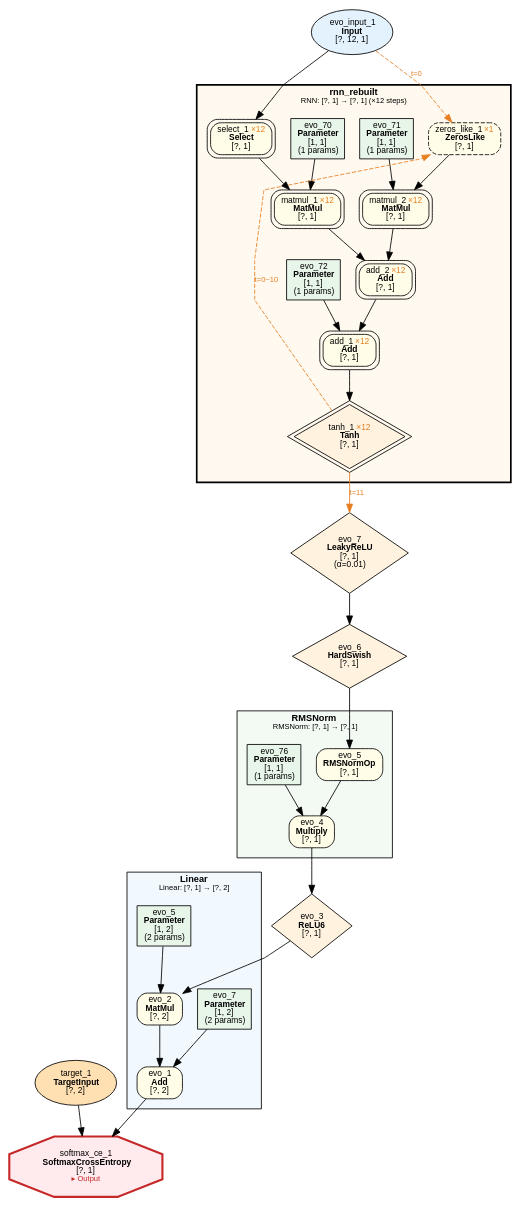
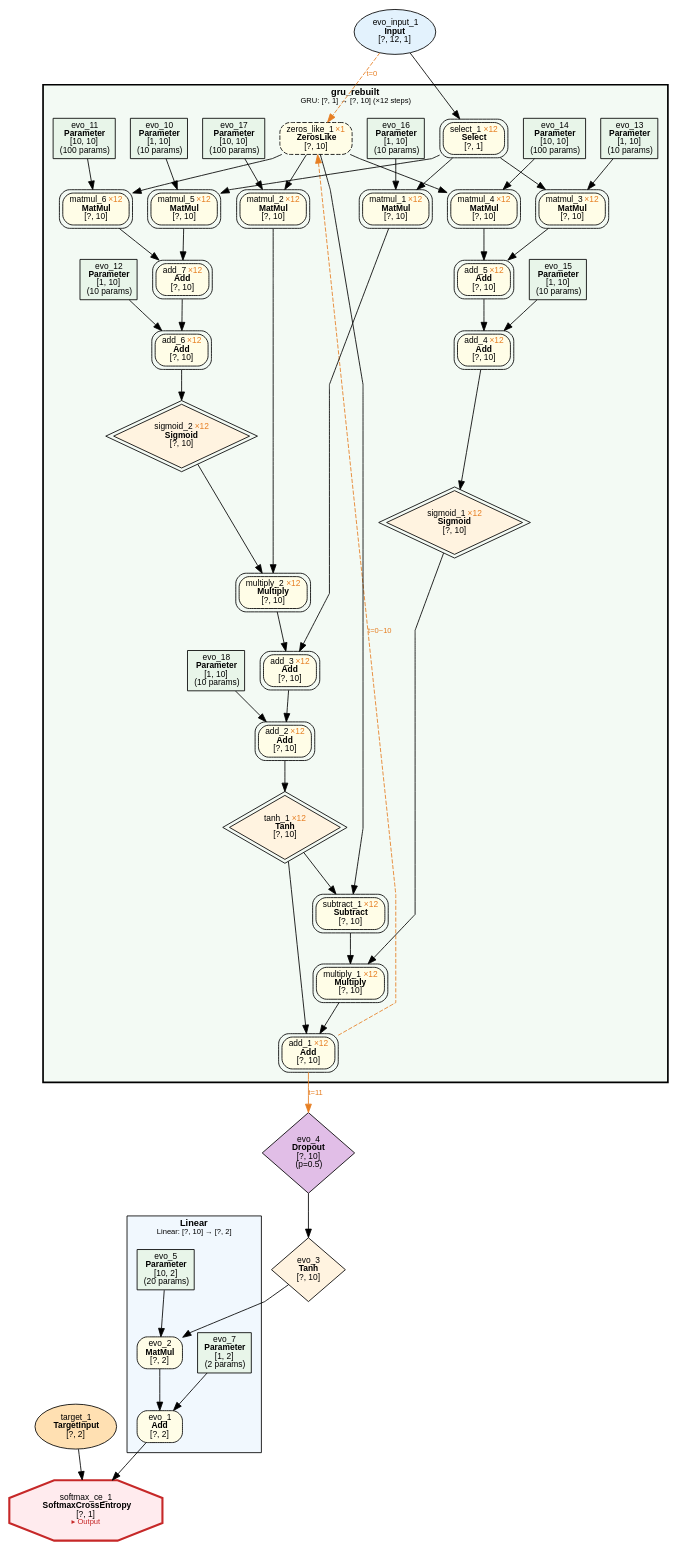
The diagram in examples/evolution/parity_seq_var_len/evolution_parity_seq_var_len.dot (dbsxdbsx/only_torch), drawn with Graphviz before and after one commit. The commit also changed 12 other files, not shown here.

```diff
--- a/examples/evolution/parity_seq_var_len/evolution_parity_seq_var_len.dot
+++ b/examples/evolution/parity_seq_var_len/evolution_parity_seq_var_len.dot
@@ -1,85 +1,114 @@
 digraph ComputeGraph {
     rankdir=TB;
     newrank=true;
     splines=polyline;
     node [fontname="Microsoft YaHei,SimHei,Arial"];
     edge [fontname="Microsoft YaHei,SimHei,Arial"];
 
     subgraph cluster_group_linear_1 {
-        label=<<B>Linear</B><BR/><FONT POINT-SIZE="9">Linear: [?, 1] → [?, 2]</FONT>>;
+        label=<<B>Linear</B><BR/><FONT POINT-SIZE="9">Linear: [?, 10] → [?, 2]</FONT>>;
         style=filled;
         fillcolor="#E3F2FD80";
         fontname="Microsoft YaHei,SimHei,Arial";
         fontsize=11;
         margin=12;
             "2" [label=<evo_1<BR/><B>Add</B><BR/>[?, 2]> shape=box style="filled,rounded" fillcolor="#FFFDE7" fontsize=10];
             "4" [label=<evo_2<BR/><B>MatMul</B><BR/>[?, 2]> shape=box style="filled,rounded" fillcolor="#FFFDE7" fontsize=10];
             "5" [label=<evo_7<BR/><B>Parameter</B><BR/>[1, 2]<BR/>(2 params)> shape=box style=filled fillcolor="#E8F5E9" fontsize=10];
-            "7" [label=<evo_5<BR/><B>Parameter</B><BR/>[1, 2]<BR/>(2 params)> shape=box style=filled fillcolor="#E8F5E9" fontsize=10];
+            "7" [label=<evo_5<BR/><B>Parameter</B><BR/>[10, 2]<BR/>(20 params)> shape=box style=filled fillcolor="#E8F5E9" fontsize=10];
     }
 
-    subgraph cluster_group_rmsnorm_3 {
-        label=<<B>RMSNorm</B><BR/><FONT POINT-SIZE="9">RMSNorm: [?, 1] → [?, 1]</FONT>>;
-        style=filled;
+    subgraph cluster_group_gru_0 {
+        label=<<B>gru_rebuilt</B><BR/><FONT POINT-SIZE="9">GRU: [?, 1] → [?, 10] (×12 steps)</FONT>>;
+        style="filled,bold";
+        peripheries=3;
+        penwidth=2;
         fillcolor="#E8F5E980";
         fontname="Microsoft YaHei,SimHei,Arial";
         fontsize=11;
         margin=12;
-            "8" [label=<evo_4<BR/><B>Multiply</B><BR/>[?, 1]> shape=box style="filled,rounded" fillcolor="#FFFDE7" fontsize=10];
-            "9" [label=<evo_5<BR/><B>RMSNormOp</B><BR/>[?, 1]> shape=box style="filled,rounded" fillcolor="#FFFDE7" fontsize=10];
-            "10" [label=<evo_76<BR/><B>Parameter</B><BR/>[1, 1]<BR/>(1 params)> shape=box style=filled fillcolor="#E8F5E9" fontsize=10];
-    }
-
-    subgraph cluster_group_rnn_0 {
-        label=<<B>rnn_rebuilt</B><BR/><FONT POINT-SIZE="9">RNN: [?, 1] → [?, 1] (×12 steps)</FONT>>;
-        style="filled,bold";
-        peripheries=3;
-        penwidth=2;
-        fillcolor="#FFF3E080";
-        fontname="Microsoft YaHei,SimHei,Arial";
-        fontsize=11;
-        margin=12;
-            "13" [label=<evo_72<BR/><B>Parameter</B><BR/>[1, 1]<BR/>(1 params)> shape=box style=filled fillcolor="#E8F5E9" fontsize=10];
-            "14" [label=<evo_70<BR/><B>Parameter</B><BR/>[1, 1]<BR/>(1 params)> shape=box style=filled fillcolor="#E8F5E9" fontsize=10];
-            "15" [label=<evo_71<BR/><B>Parameter</B><BR/>[1, 1]<BR/>(1 params)> shape=box style=filled fillcolor="#E8F5E9" fontsize=10];
-            "17" [label=<tanh_1 <FONT COLOR="#E67E22">×12</FONT><BR/><B>Tanh</B><BR/>[?, 1]> shape=diamond style=filled fillcolor="#FFF3E0" fontsize=10 peripheries=2];
-            "18" [label=<add_1 <FONT COLOR="#E67E22">×12</FONT><BR/><B>Add</B><BR/>[?, 1]> shape=box style="filled,rounded" fillcolor="#FFFDE7" fontsize=10 peripheries=2];
-            "19" [label=<add_2 <FONT COLOR="#E67E22">×12</FONT><BR/><B>Add</B><BR/>[?, 1]> shape=box style="filled,rounded" fillcolor="#FFFDE7" fontsize=10 peripheries=2];
-            "20" [label=<matmul_1 <FONT COLOR="#E67E22">×12</FONT><BR/><B>MatMul</B><BR/>[?, 1]> shape=box style="filled,rounded" fillcolor="#FFFDE7" fontsize=10 peripheries=2];
-            "21" [label=<matmul_2 <FONT COLOR="#E67E22">×12</FONT><BR/><B>MatMul</B><BR/>[?, 1]> shape=box style="filled,rounded" fillcolor="#FFFDE7" fontsize=10 peripheries=2];
-            "22" [label=<select_1 <FONT COLOR="#E67E22">×12</FONT><BR/><B>Select</B><BR/>[?, 1]> shape=box style="filled,rounded" fillcolor="#FFFDE7" fontsize=10 peripheries=2];
-            "23" [label=<zeros_like_1 <FONT COLOR="#E67E22">×1</FONT><BR/><B>ZerosLike</B><BR/>[?, 1]> shape=box style="filled,rounded,dashed" fillcolor="#FFFDE7" fontsize=10];
+            "9" [label=<evo_18<BR/><B>Parameter</B><BR/>[1, 10]<BR/>(10 params)> shape=box style=filled fillcolor="#E8F5E9" fontsize=10];
+            "10" [label=<evo_15<BR/><B>Parameter</B><BR/>[1, 10]<BR/>(10 params)> shape=box style=filled fillcolor="#E8F5E9" fontsize=10];
+            "11" [label=<evo_16<BR/><B>Parameter</B><BR/>[1, 10]<BR/>(10 params)> shape=box style=filled fillcolor="#E8F5E9" fontsize=10];
+            "13" [label=<evo_17<BR/><B>Parameter</B><BR/>[10, 10]<BR/>(100 params)> shape=box style=filled fillcolor="#E8F5E9" fontsize=10];
+            "14" [label=<evo_13<BR/><B>Parameter</B><BR/>[1, 10]<BR/>(10 params)> shape=box style=filled fillcolor="#E8F5E9" fontsize=10];
+            "15" [label=<evo_14<BR/><B>Parameter</B><BR/>[10, 10]<BR/>(100 params)> shape=box style=filled fillcolor="#E8F5E9" fontsize=10];
+            "16" [label=<evo_12<BR/><B>Parameter</B><BR/>[1, 10]<BR/>(10 params)> shape=box style=filled fillcolor="#E8F5E9" fontsize=10];
+            "17" [label=<evo_10<BR/><B>Parameter</B><BR/>[1, 10]<BR/>(10 params)> shape=box style=filled fillcolor="#E8F5E9" fontsize=10];
+            "18" [label=<evo_11<BR/><B>Parameter</B><BR/>[10, 10]<BR/>(100 params)> shape=box style=filled fillcolor="#E8F5E9" fontsize=10];
+            "19" [label=<add_1 <FONT COLOR="#E67E22">×12</FONT><BR/><B>Add</B><BR/>[?, 10]> shape=box style="filled,rounded" fillcolor="#FFFDE7" fontsize=10 peripheries=2];
+            "20" [label=<tanh_1 <FONT COLOR="#E67E22">×12</FONT><BR/><B>Tanh</B><BR/>[?, 10]> shape=diamond style=filled fillcolor="#FFF3E0" fontsize=10 peripheries=2];
+            "21" [label=<multiply_1 <FONT COLOR="#E67E22">×12</FONT><BR/><B>Multiply</B><BR/>[?, 10]> shape=box style="filled,rounded" fillcolor="#FFFDE7" fontsize=10 peripheries=2];
+            "22" [label=<add_2 <FONT COLOR="#E67E22">×12</FONT><BR/><B>Add</B><BR/>[?, 10]> shape=box style="filled,rounded" fillcolor="#FFFDE7" fontsize=10 peripheries=2];
+            "23" [label=<sigmoid_1 <FONT COLOR="#E67E22">×12</FONT><BR/><B>Sigmoid</B><BR/>[?, 10]> shape=diamond style=filled fillcolor="#FFF3E0" fontsize=10 peripheries=2];
+            "24" [label=<subtract_1 <FONT COLOR="#E67E22">×12</FONT><BR/><B>Subtract</B><BR/>[?, 10]> shape=box style="filled,rounded" fillcolor="#FFFDE7" fontsize=10 peripheries=2];
+            "25" [label=<add_3 <FONT COLOR="#E67E22">×12</FONT><BR/><B>Add</B><BR/>[?, 10]> shape=box style="filled,rounded" fillcolor="#FFFDE7" fontsize=10 peripheries=2];
+            "26" [label=<add_4 <FONT COLOR="#E67E22">×12</FONT><BR/><B>Add</B><BR/>[?, 10]> shape=box style="filled,rounded" fillcolor="#FFFDE7" fontsize=10 peripheries=2];
+            "27" [label=<zeros_like_1 <FONT COLOR="#E67E22">×1</FONT><BR/><B>ZerosLike</B><BR/>[?, 10]> shape=box style="filled,rounded,dashed" fillcolor="#FFFDE7" fontsize=10];
+            "28" [label=<matmul_1 <FONT COLOR="#E67E22">×12</FONT><BR/><B>MatMul</B><BR/>[?, 10]> shape=box style="filled,rounded" fillcolor="#FFFDE7" fontsize=10 peripheries=2];
+            "29" [label=<multiply_2 <FONT COLOR="#E67E22">×12</FONT><BR/><B>Multiply</B><BR/>[?, 10]> shape=box style="filled,rounded" fillcolor="#FFFDE7" fontsize=10 peripheries=2];
+            "30" [label=<add_5 <FONT COLOR="#E67E22">×12</FONT><BR/><B>Add</B><BR/>[?, 10]> shape=box style="filled,rounded" fillcolor="#FFFDE7" fontsize=10 peripheries=2];
+            "31" [label=<select_1 <FONT COLOR="#E67E22">×12</FONT><BR/><B>Select</B><BR/>[?, 1]> shape=box style="filled,rounded" fillcolor="#FFFDE7" fontsize=10 peripheries=2];
+            "32" [label=<sigmoid_2 <FONT COLOR="#E67E22">×12</FONT><BR/><B>Sigmoid</B><BR/>[?, 10]> shape=diamond style=filled fillcolor="#FFF3E0" fontsize=10 peripheries=2];
+            "33" [label=<matmul_2 <FONT COLOR="#E67E22">×12</FONT><BR/><B>MatMul</B><BR/>[?, 10]> shape=box style="filled,rounded" fillcolor="#FFFDE7" fontsize=10 peripheries=2];
+            "34" [label=<matmul_3 <FONT COLOR="#E67E22">×12</FONT><BR/><B>MatMul</B><BR/>[?, 10]> shape=box style="filled,rounded" fillcolor="#FFFDE7" fontsize=10 peripheries=2];
+            "35" [label=<matmul_4 <FONT COLOR="#E67E22">×12</FONT><BR/><B>MatMul</B><BR/>[?, 10]> shape=box style="filled,rounded" fillcolor="#FFFDE7" fontsize=10 peripheries=2];
+            "36" [label=<add_6 <FONT COLOR="#E67E22">×12</FONT><BR/><B>Add</B><BR/>[?, 10]> shape=box style="filled,rounded" fillcolor="#FFFDE7" fontsize=10 peripheries=2];
+            "37" [label=<add_7 <FONT COLOR="#E67E22">×12</FONT><BR/><B>Add</B><BR/>[?, 10]> shape=box style="filled,rounded" fillcolor="#FFFDE7" fontsize=10 peripheries=2];
+            "38" [label=<matmul_5 <FONT COLOR="#E67E22">×12</FONT><BR/><B>MatMul</B><BR/>[?, 10]> shape=box style="filled,rounded" fillcolor="#FFFDE7" fontsize=10 peripheries=2];
+            "39" [label=<matmul_6 <FONT COLOR="#E67E22">×12</FONT><BR/><B>MatMul</B><BR/>[?, 10]> shape=box style="filled,rounded" fillcolor="#FFFDE7" fontsize=10 peripheries=2];
     }
 
     "1" [label=<softmax_ce_1<BR/><B>SoftmaxCrossEntropy</B><BR/>[?, 1]<BR/><FONT COLOR="#C62828" POINT-SIZE="9">▸ Output</FONT>> shape=octagon style=filled fillcolor="#FFEBEE" fontsize=10 penwidth=2.5 color="#C62828"];
     "3" [label=<target_1<BR/><B>TargetInput</B><BR/>[?, 2]> shape=ellipse style=filled fillcolor="#FFE0B2" fontsize=10];
-    "6" [label=<evo_3<BR/><B>ReLU6</B><BR/>[?, 1]> shape=diamond style=filled fillcolor="#FFF3E0" fontsize=10];
-    "11" [label=<evo_6<BR/><B>HardSwish</B><BR/>[?, 1]> shape=diamond style=filled fillcolor="#FFF3E0" fontsize=10];
-    "12" [label=<evo_7<BR/><B>LeakyReLU</B><BR/>[?, 1]<BR/>(α=0.01)> shape=diamond style=filled fillcolor="#FFF3E0" fontsize=10];
-    "16" [label=<evo_input_1<BR/><B>Input</B><BR/>[?, 12, 1]> shape=ellipse style=filled fillcolor="#E3F2FD" fontsize=10];
+    "6" [label=<evo_3<BR/><B>Tanh</B><BR/>[?, 10]> shape=diamond style=filled fillcolor="#FFF3E0" fontsize=10];
+    "8" [label=<evo_4<BR/><B>Dropout</B><BR/>[?, 10]<BR/>(p=0.5)> shape=diamond style=filled fillcolor="#E1BEE7" fontsize=10];
+    "12" [label=<evo_input_1<BR/><B>Input</B><BR/>[?, 12, 1]> shape=ellipse style=filled fillcolor="#E3F2FD" fontsize=10];
 
     "2" -> "1";
     "3" -> "1";
     "4" -> "2";
     "5" -> "2";
     "6" -> "4";
     "7" -> "4";
     "8" -> "6";
-    "9" -> "8";
-    "10" -> "8";
-    "11" -> "9";
-    "12" -> "11";
-    "17" -> "12" [ color="#E67E22" label=<t=11> fontcolor="#E67E22" fontsize=9];
-    "18" -> "17";
-    "19" -> "18";
-    "13" -> "18";
+    "19" -> "8" [ color="#E67E22" label=<t=11> fontcolor="#E67E22" fontsize=9];
     "20" -> "19";
     "21" -> "19";
     "22" -> "20";
-    "14" -> "20";
     "23" -> "21";
-    "15" -> "21";
-    "16" -> "22";
-    "16" -> "23" [ style=dashed color="#E67E22" label=<t=0> fontcolor="#E67E22" fontsize=9];
-    "17" -> "23" [style=dashed color="#E67E22" label=<t=0~10> fontcolor="#E67E22" fontsize=9 constraint=false];
+    "24" -> "21";
+    "25" -> "22";
+    "9" -> "22";
+    "26" -> "23";
+    "27" -> "24";
+    "20" -> "24";
+    "28" -> "25";
+    "29" -> "25";
+    "30" -> "26";
+    "10" -> "26";
+    "12" -> "27" [ style=dashed color="#E67E22" label=<t=0> fontcolor="#E67E22" fontsize=9];
+    "31" -> "28";
+    "11" -> "28";
+    "32" -> "29";
+    "33" -> "29";
+    "34" -> "30";
+    "35" -> "30";
+    "12" -> "31";
+    "36" -> "32";
+    "27" -> "33";
+    "13" -> "33";
+    "31" -> "34";
+    "14" -> "34";
+    "27" -> "35";
+    "15" -> "35";
+    "37" -> "36";
+    "16" -> "36";
+    "38" -> "37";
+    "39" -> "37";
+    "31" -> "38";
+    "17" -> "38";
+    "27" -> "39";
+    "18" -> "39";
+    "19" -> "27" [style=dashed color="#E67E22" label=<t=0~10> fontcolor="#E67E22" fontsize=9 constraint=false];
 }
```
